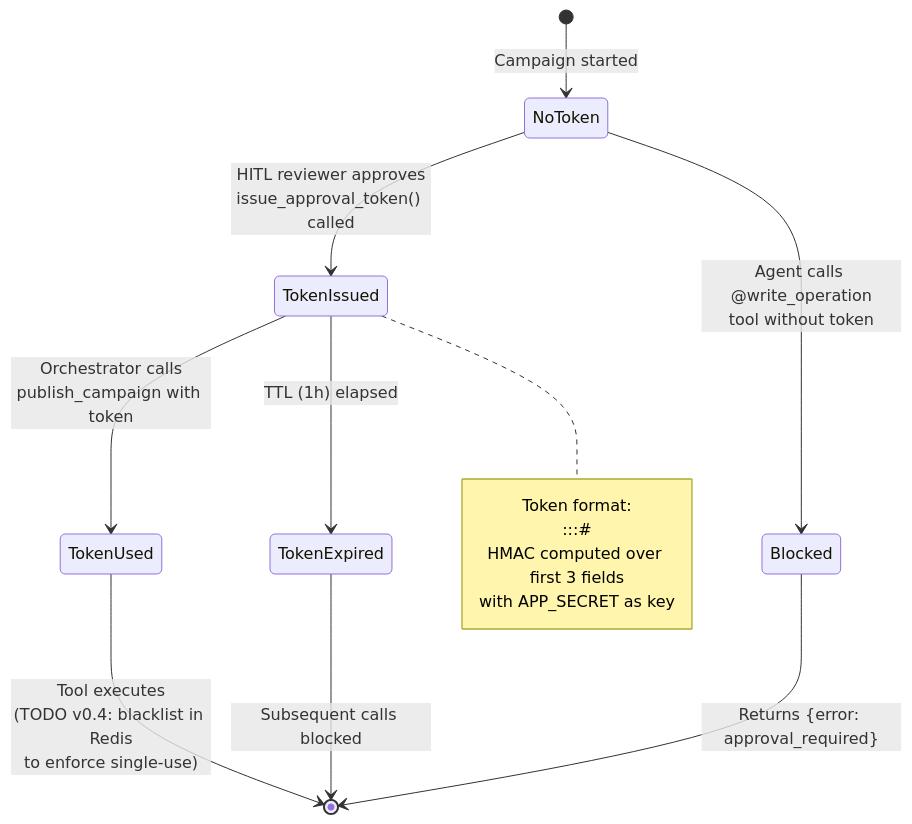
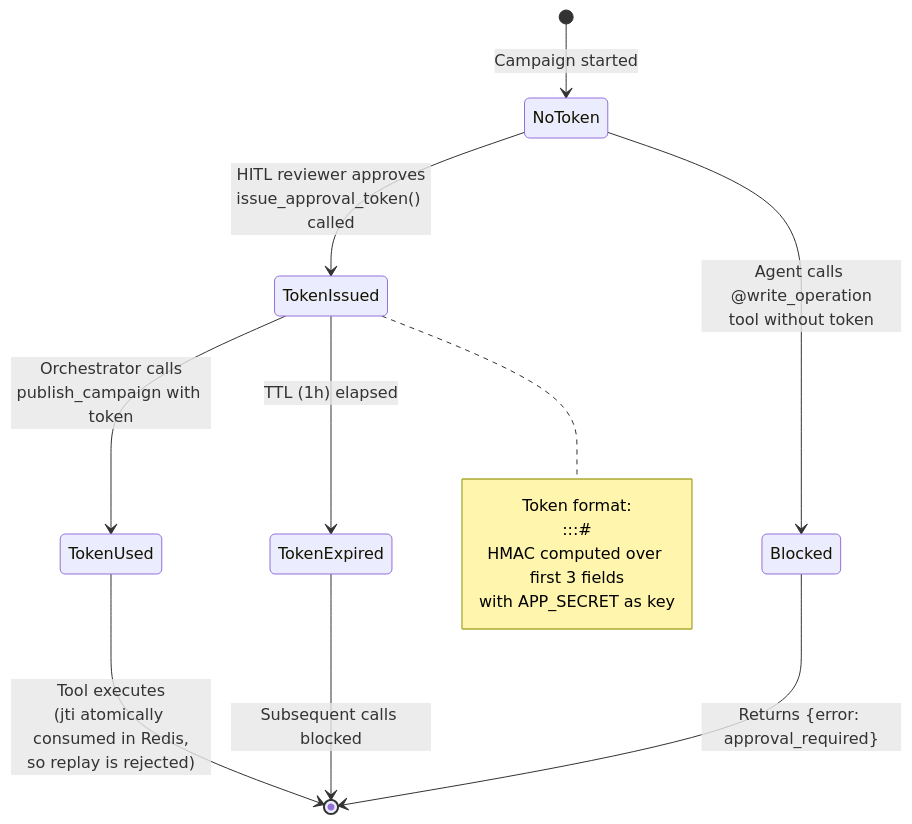
The seventh of 17 diagrams in docs/DESIGN.md (Kaustubh-Rathi/adforge), drawn with Mermaid before and after one commit. The commit also changed 17 other files, not shown here.

````diff
--- a/docs/DESIGN.md
+++ b/docs/DESIGN.md
@@ -318,22 +318,22 @@
 ```mermaid
 stateDiagram-v2
     [*] --> NoToken : Campaign started
 
     NoToken --> TokenIssued : HITL reviewer approves<br/>issue_approval_token() called
     NoToken --> Blocked : Agent calls @write_operation<br/>tool without token
 
     Blocked --> [*] : Returns {error: approval_required}
 
     TokenIssued --> TokenUsed : Orchestrator calls<br/>publish_campaign with token
     TokenIssued --> TokenExpired : TTL (1h) elapsed
 
-    TokenUsed --> [*] : Tool executes<br/>(TODO v0.4: blacklist in Redis<br/>to enforce single-use)
+    TokenUsed --> [*] : Tool executes<br/>(jti atomically consumed in Redis,<br/>so replay is rejected)
     TokenExpired --> [*] : Subsequent calls blocked
 
     note right of TokenIssued
         Token format:
         <campaign_id>:<operation>:<expires_at>:<hmac>#<reviewer_email>
         HMAC computed over first 3 fields
         with APP_SECRET as key
     end note
 ```
````
